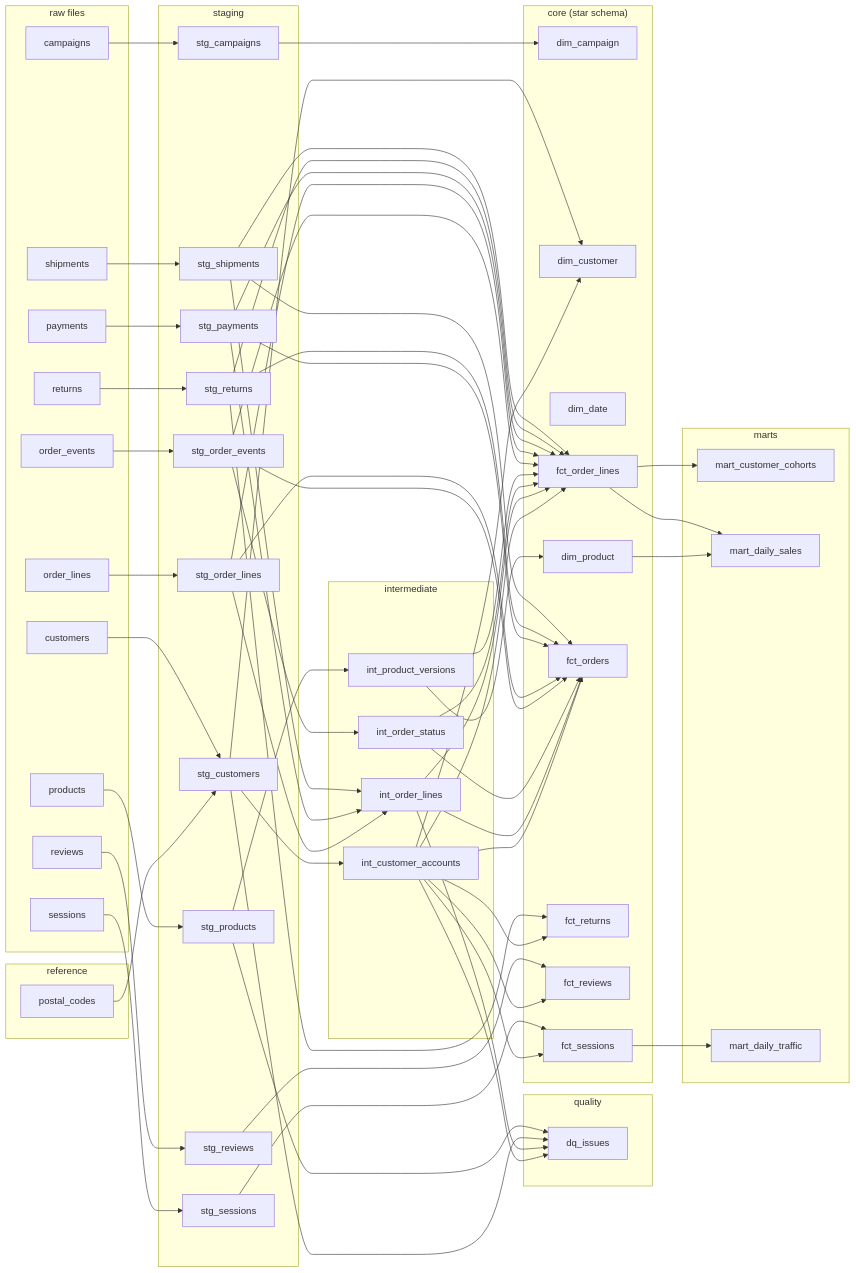
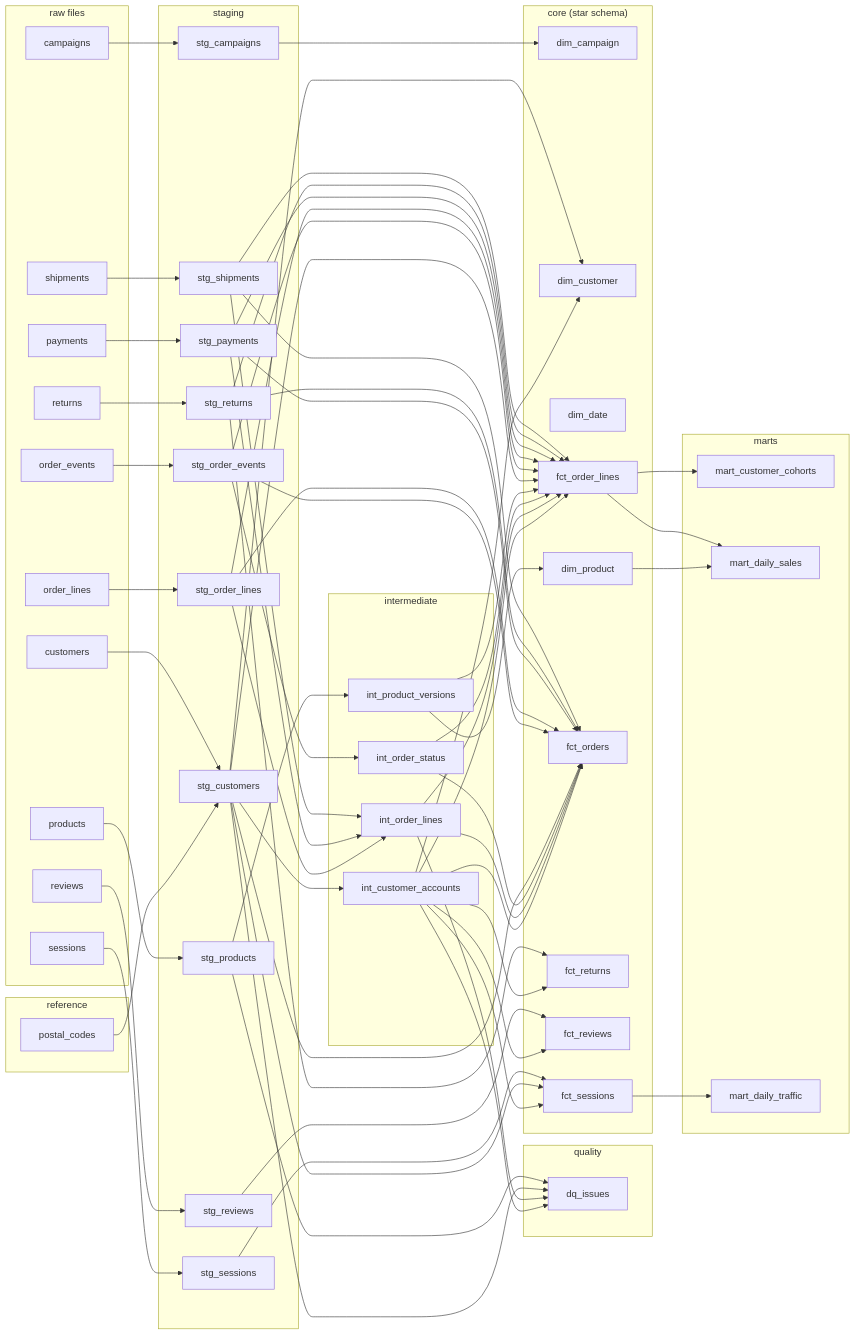
Before and after one commit to tlabedzki/Shop-Data-Warehouse: the diagram in docs/lineage.md, drawn with Mermaid. The commit also changed 12 other files, not shown here.

```diff
--- a/docs/lineage.md
+++ b/docs/lineage.md
@@ -87,6 +87,9 @@
     source_shipments --> staging_stg_shipments
     staging_stg_campaigns --> core_dim_campaign
     staging_stg_customers --> core_dim_customer
+    staging_stg_customers --> core_fct_order_lines
+    staging_stg_customers --> core_fct_orders
+    staging_stg_customers --> core_fct_sessions
     staging_stg_customers --> intermediate_int_customer_accounts
     staging_stg_customers --> quality_dq_issues
     staging_stg_order_events --> core_fct_order_lines
```
